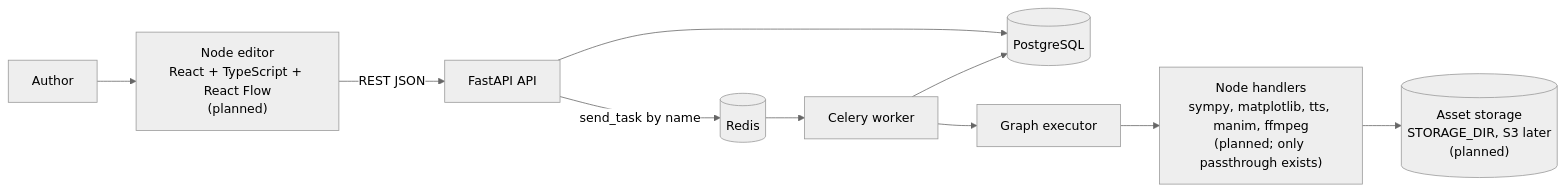
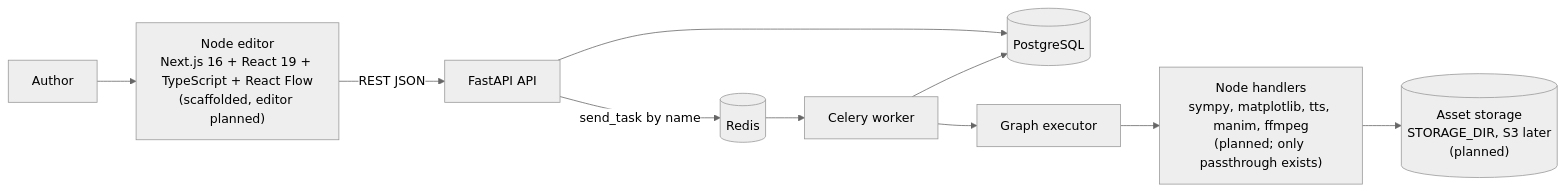
Before and after one commit to acidbutter96/derivaai: the first of 4 diagrams in docs/architecture.md, drawn with Mermaid (neutral theme). The commit also changed other lines of this file and 15 other files, not shown here.

````diff
--- a/docs/architecture.md
+++ b/docs/architecture.md
@@ -5,12 +5,12 @@
 ```mermaid
 flowchart LR
-    U[Author] --> FE["Node editor<br/>React + TypeScript + React Flow<br/>(planned)"]
+    U[Author] --> FE["Node editor<br/>Next.js 16 + React 19 + TypeScript + React Flow<br/>(scaffolded, editor planned)"]
     FE -->|REST JSON| API[FastAPI API]
     API --> DB[(PostgreSQL)]
     API -->|send_task by name| RQ[(Redis)]
     RQ --> W[Celery worker]
     W --> DB
     W --> EX[Graph executor]
     EX --> H["Node handlers<br/>sympy, matplotlib, tts, manim, ffmpeg<br/>(planned; only passthrough exists)"]
     H --> ST[("Asset storage<br/>STORAGE_DIR, S3 later<br/>(planned)")]
 ```
````
